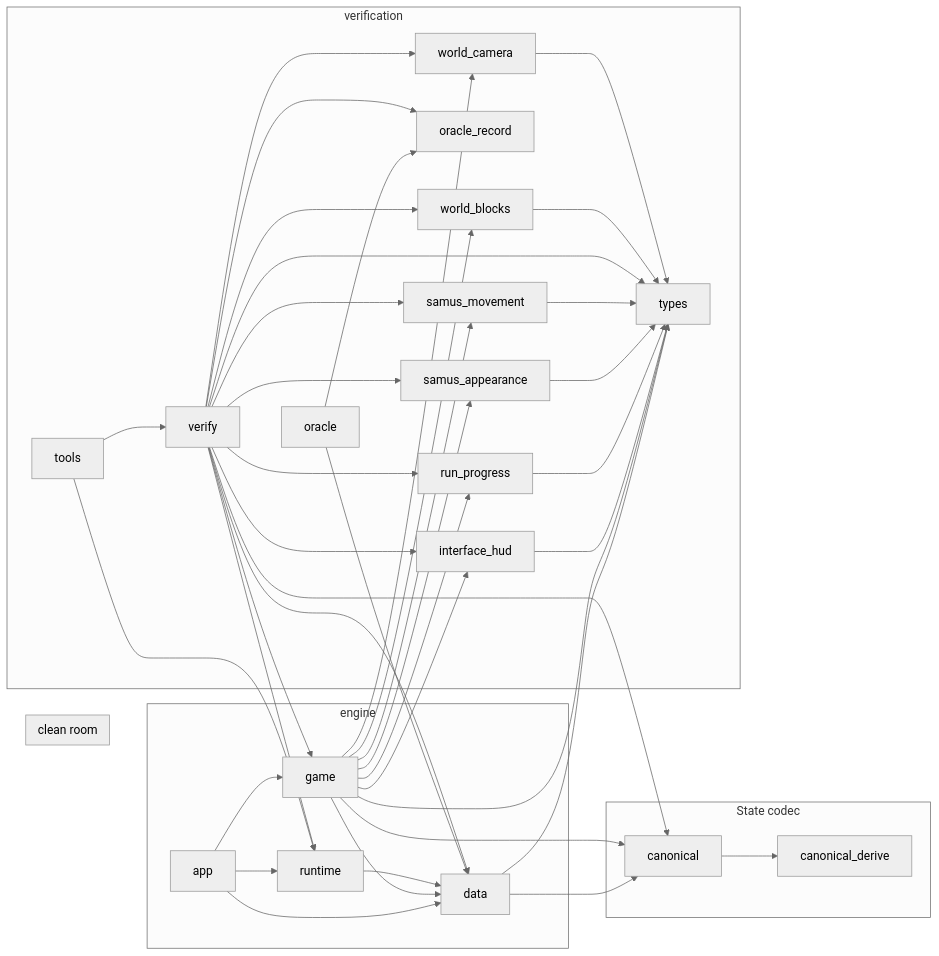
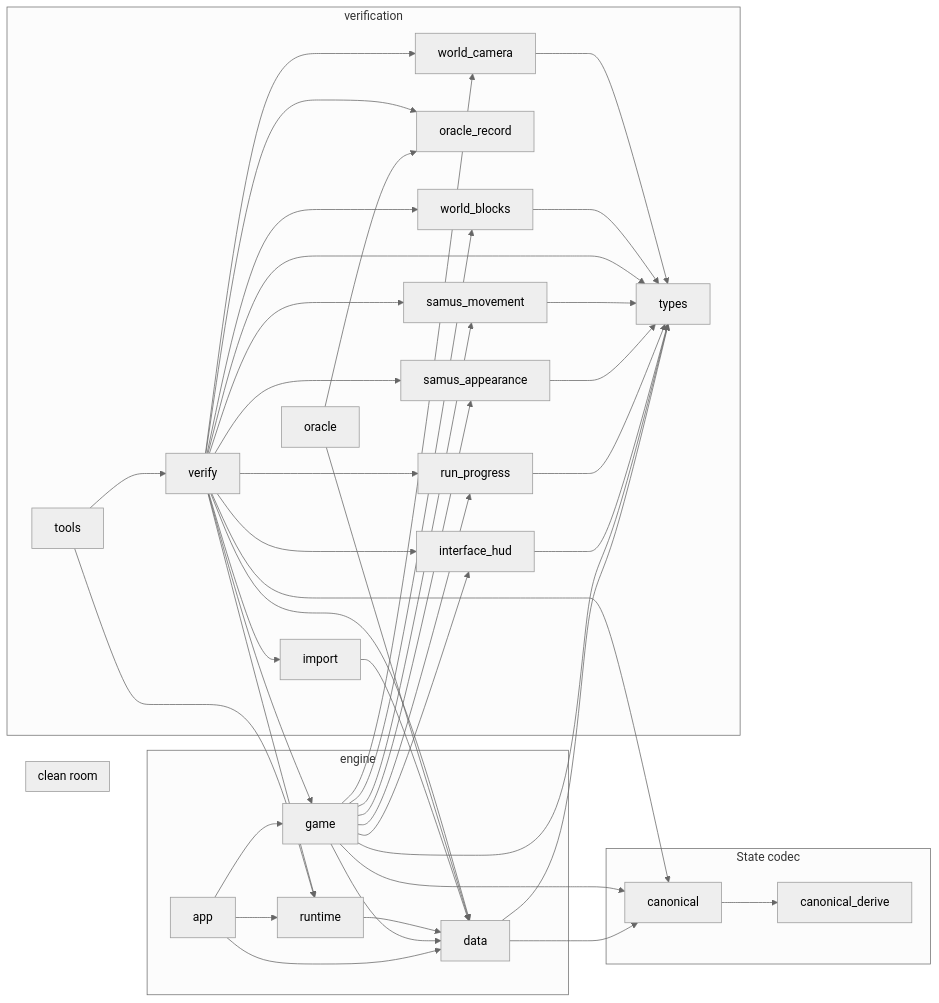
One commit to JimLundin/sm-decomp changed the second of 8 diagrams in docs/REPORT.md. Above: the diagram before and after it, drawn with Mermaid (neutral theme). The commit also changed other lines of this file and 29 other files, not shown here.

````diff
--- a/docs/REPORT.md
+++ b/docs/REPORT.md
@@ -830,66 +830,69 @@
 ```mermaid
 graph LR
   subgraph engine["engine"]
     c_app["app"]
     c_data["data"]
     c_game["game"]
     c_runtime["runtime"]
   end
   subgraph clean["clean room"]
   end
   subgraph codec["State codec"]
     c_canonical["canonical"]
     c_canonical_derive["canonical_derive"]
   end
   subgraph verification["verification"]
+    c_import["import"]
     c_interface_hud["interface_hud"]
     c_oracle["oracle"]
     c_oracle_record["oracle_record"]
     c_run_progress["run_progress"]
     c_samus_appearance["samus_appearance"]
     c_samus_movement["samus_movement"]
     c_tools["tools"]
     c_types["types"]
     c_verify["verify"]
     c_world_blocks["world_blocks"]
     c_world_camera["world_camera"]
   end
   c_app --> c_data
   c_app --> c_game
   c_app --> c_runtime
   c_canonical --> c_canonical_derive
   c_data --> c_canonical
   c_data --> c_types
   c_game --> c_canonical
   c_game --> c_data
   c_game --> c_interface_hud
   c_game --> c_run_progress
   c_game --> c_samus_appearance
   c_game --> c_samus_movement
   c_game --> c_types
   c_game --> c_world_blocks
   c_game --> c_world_camera
+  c_import --> c_data
   c_interface_hud --> c_types
   c_oracle --> c_data
   c_oracle --> c_oracle_record
   c_run_progress --> c_types
   c_runtime --> c_data
   c_samus_appearance --> c_types
   c_samus_movement --> c_types
   c_tools --> c_runtime
   c_tools --> c_verify
   c_verify --> c_canonical
   c_verify --> c_data
   c_verify --> c_game
+  c_verify --> c_import
   c_verify --> c_interface_hud
   c_verify --> c_oracle_record
   c_verify --> c_run_progress
   c_verify --> c_runtime
   c_verify --> c_samus_appearance
   c_verify --> c_samus_movement
   c_verify --> c_types
   c_verify --> c_world_blocks
   c_verify --> c_world_camera
   c_world_blocks --> c_types
   c_world_camera --> c_types
 ```
````
